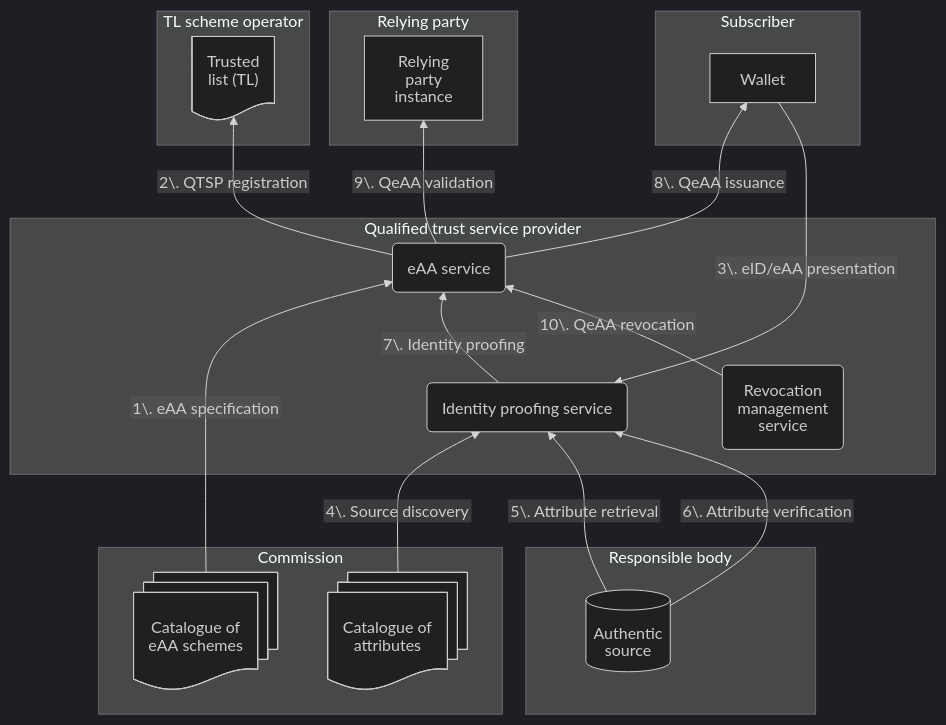
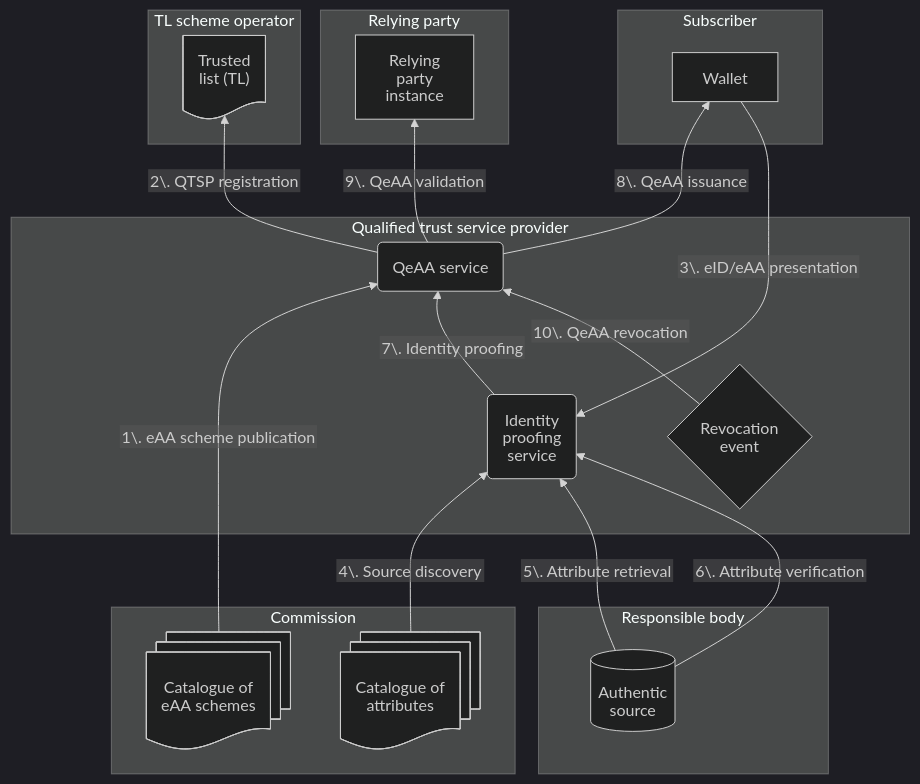
One commit to webuild-consortium/wp4-qtsp-group changed the diagram in docs/qeaa/architecture.md. Above: the diagram before and after it, drawn with Mermaid (dark theme). The commit also changed other lines of this file, not shown here.

````diff
--- a/docs/qeaa/architecture.md
+++ b/docs/qeaa/architecture.md
@@ -19,49 +31,50 @@
 ```mermaid
 ---
 config:
   htmlLabels: false
   markdownAutoWrap: true
   flowchart:
     #defaultRenderer: "elk"
 ---
 flowchart BT
 subgraph Responsible body
     AS[Authentic
     source]@{shape: cyl}
 end
 subgraph EC[Commission]
     CatAtt[Catalogue of
     attributes]@{shape: docs}
     CatSch[Catalogue of
     eAA schemes]@{shape: docs}
 end
 subgraph QTSP[Qualified trust service provider]
-    IPS["Identity proofing service"]@{shape: rounded}
-    EAAS["eAA service"]@{shape: rounded}
+    IPS[Identity
+    proofing
+    service]@{shape: rounded}
+    EAAS["QeAA service"]@{shape: rounded}
     Rev[Revocation
-    management
-    service]@{shape: rounded}
+    event]@{shape: diamond}
 end
 subgraph Sub[Subscriber]
     Wallet
 end
 subgraph Relying party
     RP["Relying
     party
     instance"]
 end
 subgraph "TL scheme operator"
     TL["Trusted
     list (TL)"]@{shape: doc}
 end
-CatSch -->|1\. eAA specification     | EAAS
+CatSch -->|1\. eAA scheme publication| EAAS
 EAAS   -->|2\. QTSP registration     | TL
 Wallet -->|3\. eID/eAA presentation  | IPS
 CatAtt -->|4\. Source discovery      | IPS
 AS     -->|5\. Attribute retrieval   | IPS
 AS     -->|6\. Attribute verification| IPS
 IPS    -->|7\. Identity proofing     | EAAS
 EAAS   -->|8\. QeAA issuance         | Wallet
 EAAS   -->|9\. QeAA validation       | RP
 Rev    -->|10\. QeAA revocation      | EAAS
 ```
````
